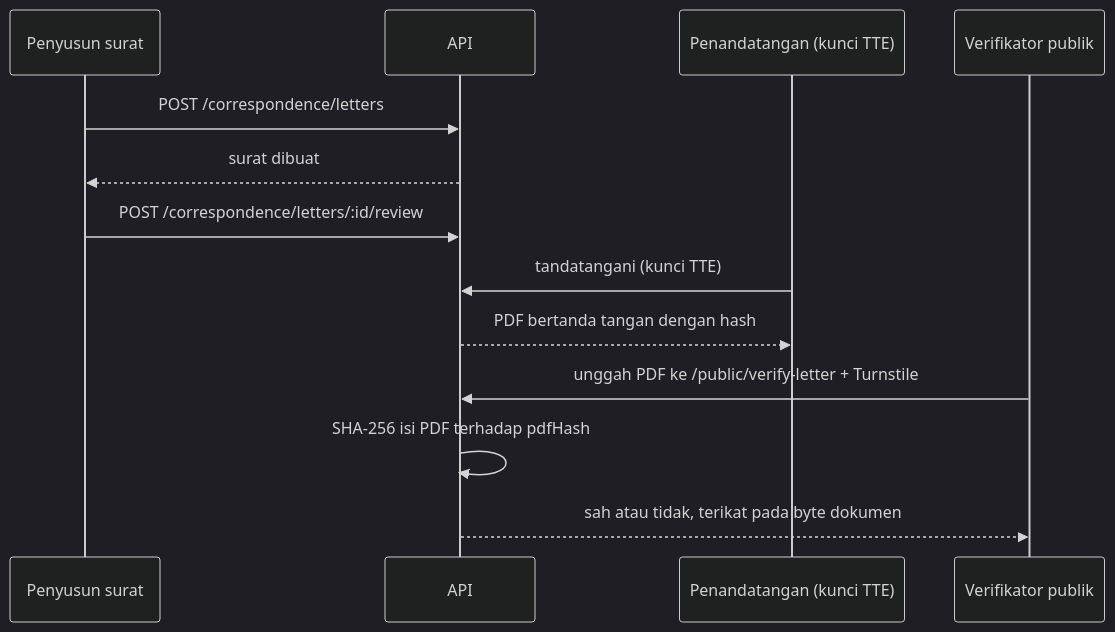
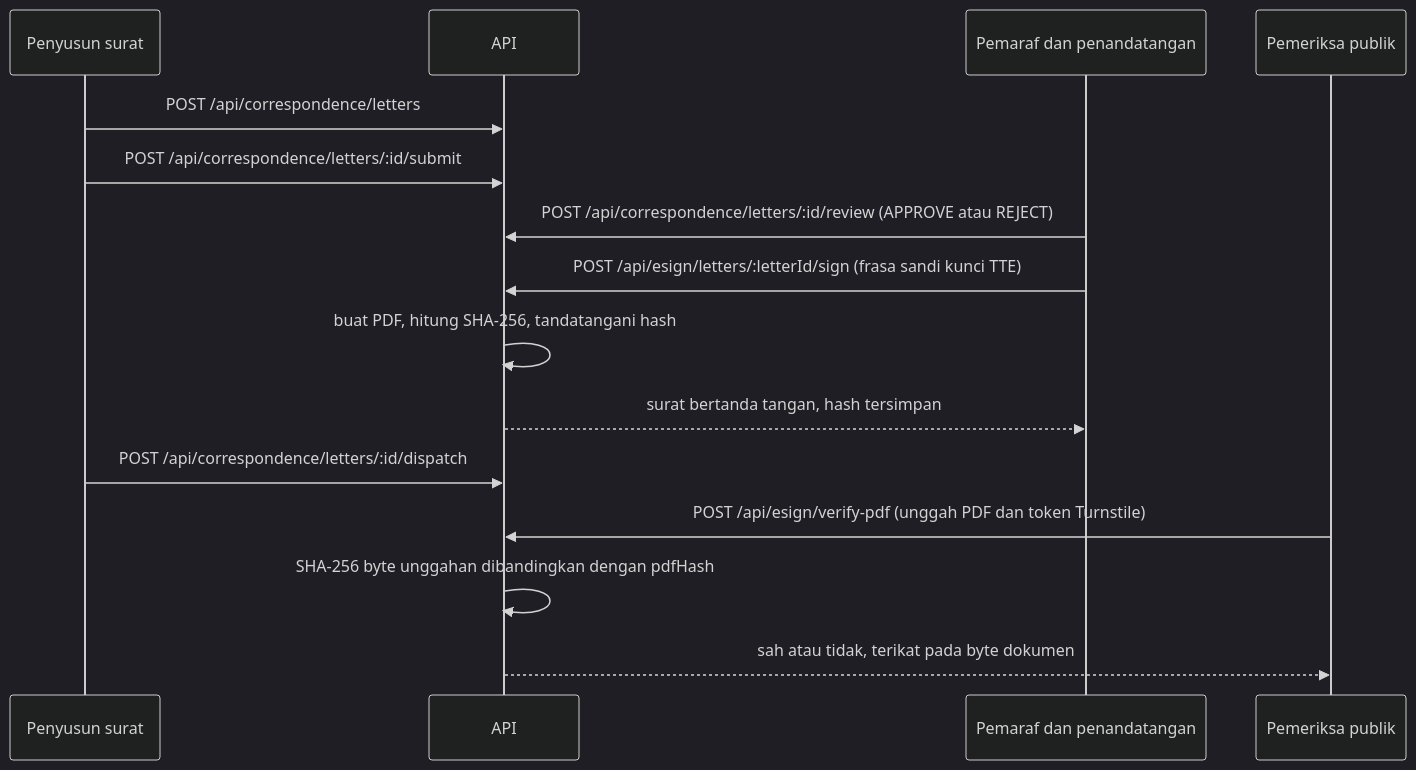
The eighth of 11 diagrams in docs/dokumen-aplikasi/dokumen-teknis-cipansor.md (ypcipansor/cipansor), drawn with Mermaid (dark theme) before and after one commit. The commit also changed other lines of this file and 68 other files, not shown here.

````diff
--- a/docs/dokumen-aplikasi/dokumen-teknis-cipansor.md
+++ b/docs/dokumen-aplikasi/dokumen-teknis-cipansor.md
@@ -331,16 +364,18 @@
 ```mermaid
-%% caption: Urutan penerbitan dan verifikasi naskah dinas
+%% caption: Urutan penerbitan naskah dinas dan verifikasi publiknya
 sequenceDiagram
   participant S as Penyusun surat
   participant A as API
-  participant T as Penandatangan (kunci TTE)
-  participant V as Verifikator publik
-  S->>A: POST /correspondence/letters
-  A-->>S: surat dibuat
-  S->>A: POST /correspondence/letters/:id/review
-  T->>A: tandatangani (kunci TTE)
-  A-->>T: PDF bertanda tangan dengan hash
-  V->>A: unggah PDF ke /public/verify-letter + Turnstile
-  A->>A: SHA-256 isi PDF terhadap pdfHash
+  participant P as Pemaraf dan penandatangan
+  participant V as Pemeriksa publik
+  S->>A: POST /api/correspondence/letters
+  S->>A: POST /api/correspondence/letters/:id/submit
+  P->>A: POST /api/correspondence/letters/:id/review (APPROVE atau REJECT)
+  P->>A: POST /api/esign/letters/:letterId/sign (frasa sandi kunci TTE)
+  A->>A: buat PDF, hitung SHA-256, tandatangani hash
+  A-->>P: surat bertanda tangan, hash tersimpan
+  S->>A: POST /api/correspondence/letters/:id/dispatch
+  V->>A: POST /api/esign/verify-pdf (unggah PDF dan token Turnstile)
+  A->>A: SHA-256 byte unggahan dibandingkan dengan pdfHash
   A-->>V: sah atau tidak, terikat pada byte dokumen
 ```
````
